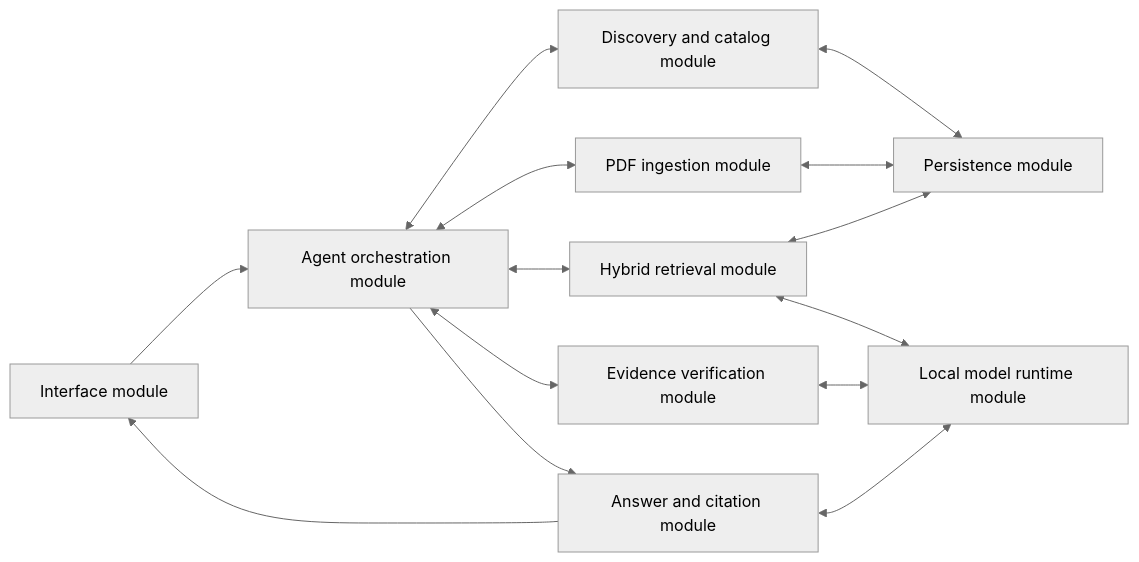
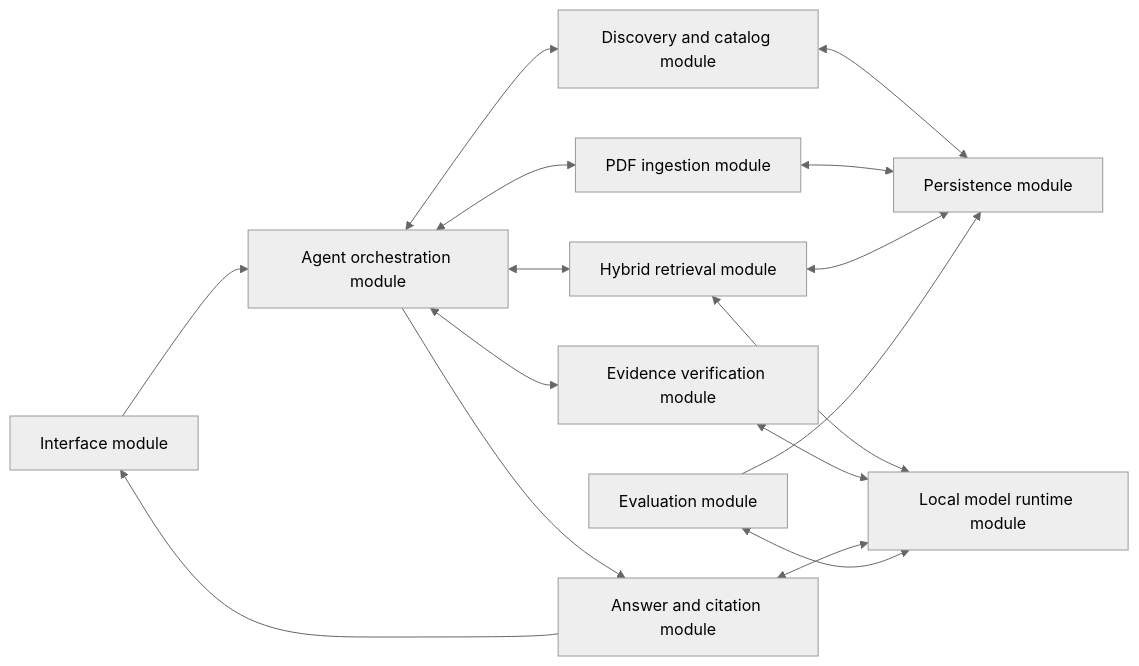
Before and after one commit to TQC0103/scientific-research-agent: the first of 11 diagrams in docs/SYSTEM_VISUALIZATION.md, drawn with Mermaid (neutral theme). The commit also changed other lines of this file and 29 other files, not shown here.

````diff
--- a/docs/SYSTEM_VISUALIZATION.md
+++ b/docs/SYSTEM_VISUALIZATION.md
@@ -10,18 +10,21 @@
 ```mermaid
 flowchart LR
     UI["Interface module"] --> AGENT["Agent orchestration module"]
     AGENT <--> DISCOVERY["Discovery and catalog module"]
     AGENT <--> INGESTION["PDF ingestion module"]
     AGENT <--> RETRIEVAL["Hybrid retrieval module"]
     AGENT <--> VERIFIER["Evidence verification module"]
     AGENT --> ANSWER["Answer and citation module"]
     ANSWER --> UI
 
     DISCOVERY <--> STORAGE["Persistence module"]
     INGESTION <--> STORAGE
     RETRIEVAL <--> STORAGE
 
     RETRIEVAL <--> MODELS["Local model runtime module"]
     VERIFIER <--> MODELS
     ANSWER <--> MODELS
+
+    EVALUATION["Evaluation module"] <--> MODELS
+    EVALUATION --> STORAGE
 ```
````
